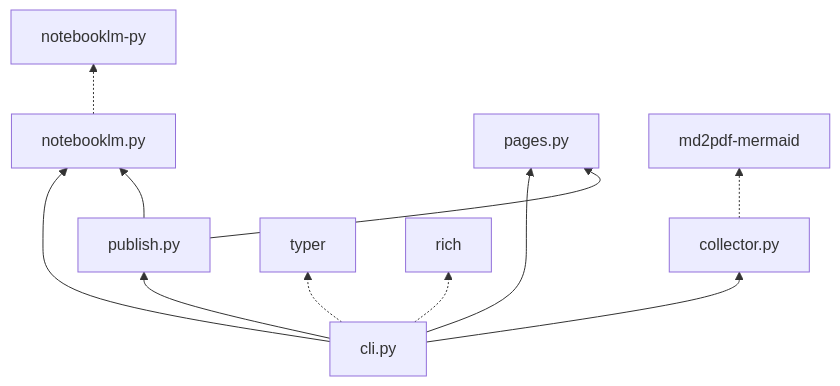
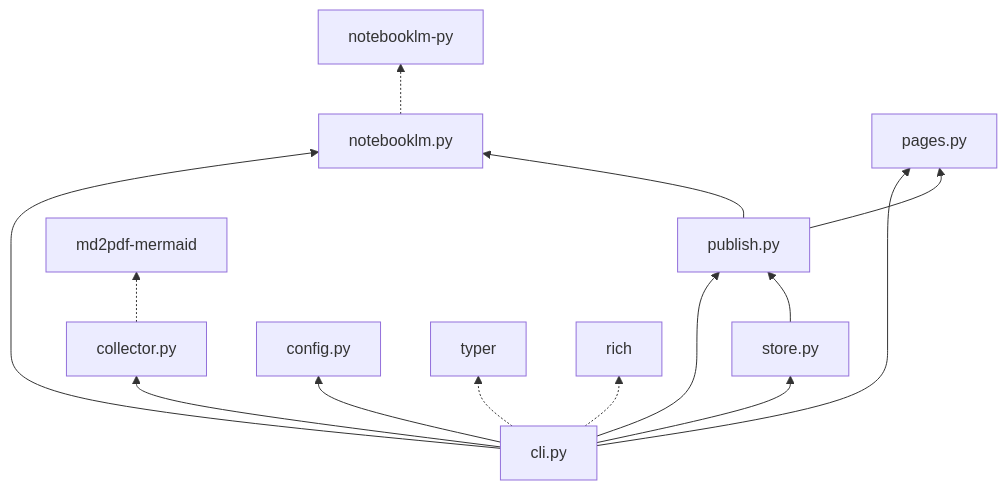
The seventh of 7 diagrams in docs/codemap.md (NetDevAutomate/notebooklm-repo-artefacts), drawn with Mermaid before and after one commit. The commit also changed other lines of this file and 12 other files, not shown here.

````diff
--- a/docs/codemap.md
+++ b/docs/codemap.md
@@ -211,14 +216,17 @@
 ```mermaid
 graph BT
     CLI[cli.py] --> COL[collector.py]
     CLI --> NLM[notebooklm.py]
     CLI --> PG[pages.py]
     CLI --> PUB[publish.py]
+    CLI --> ST[store.py]
+    CLI --> CFG[config.py]
     PUB --> NLM
     PUB --> PG
+    ST --> PUB
 
     NLM -.-> NLMPY[notebooklm-py]
     COL -.-> MD2PDF[md2pdf-mermaid]
     CLI -.-> TYPER[typer]
     CLI -.-> RICH[rich]
 ```
````
